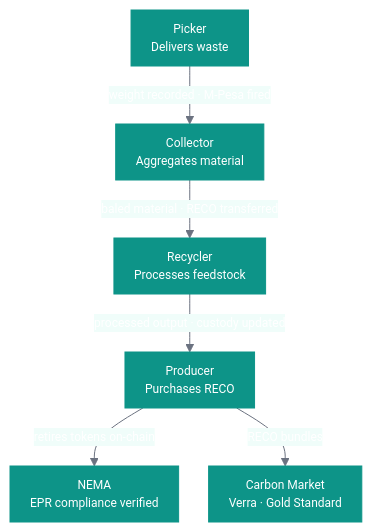
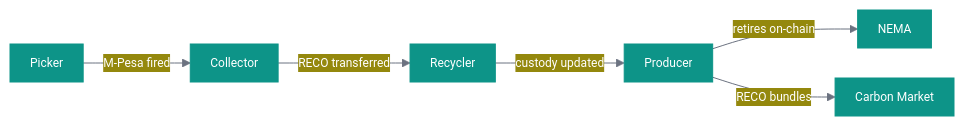
The first of 5 diagrams in README.md (Matxchange/matXchange), drawn with Mermaid before and after one commit. The commit also changed other lines of this file, not shown here.

Commit message:
Update README with flowchart and Stellar integration changes

````diff
--- a/README.md
+++ b/README.md
@@ -41,9 +41,9 @@
 ```mermaid
-%%{init: {"theme": "base", "themeVariables": {"primaryColor": "#0D9488", "primaryTextColor": "#ffffff", "primaryBorderColor": "#0D9488", "lineColor": "#6B7280", "edgeLabelBackground": "#F0FDFA", "fontFamily": "ui-monospace, monospace", "fontSize": "12px"}, "flowchart": {"curve": "basis", "nodeSpacing": 30, "rankSpacing": 40, "padding": 10}}}%%
-flowchart TD
-    A[Picker\nDelivers waste] -->|weight recorded · M-Pesa fired| B[Collector\nAggregates material]
-    B -->|baled material · RECO transferred| C[Recycler\nProcesses feedstock]
-    C -->|processed output · custody updated| D[Producer\nPurchases RECO]
-    D -->|retires tokens on-chain| E[NEMA\nEPR compliance verified]
-    D -->|RECO bundles| F[Carbon Market\nVerra · Gold Standard]
+%%{init: {"theme": "base", "themeVariables": {"primaryColor": "#0D9488", "primaryTextColor": "#ffffff", "primaryBorderColor": "#0D9488", "lineColor": "#6B7280", "fontFamily": "ui-monospace, monospace", "fontSize": "12px"}, "flowchart": {"curve": "basis", "nodeSpacing": 30, "rankSpacing": 40, "padding": 10}}}%%
+flowchart LR
+    A[Picker] -->|M-Pesa fired| B[Collector]
+    B -->|RECO transferred| C[Recycler]
+    C -->|custody updated| D[Producer]
+    D -->|retires on-chain| E[NEMA]
+    D -->|RECO bundles| F[Carbon Market]
 ```
````
